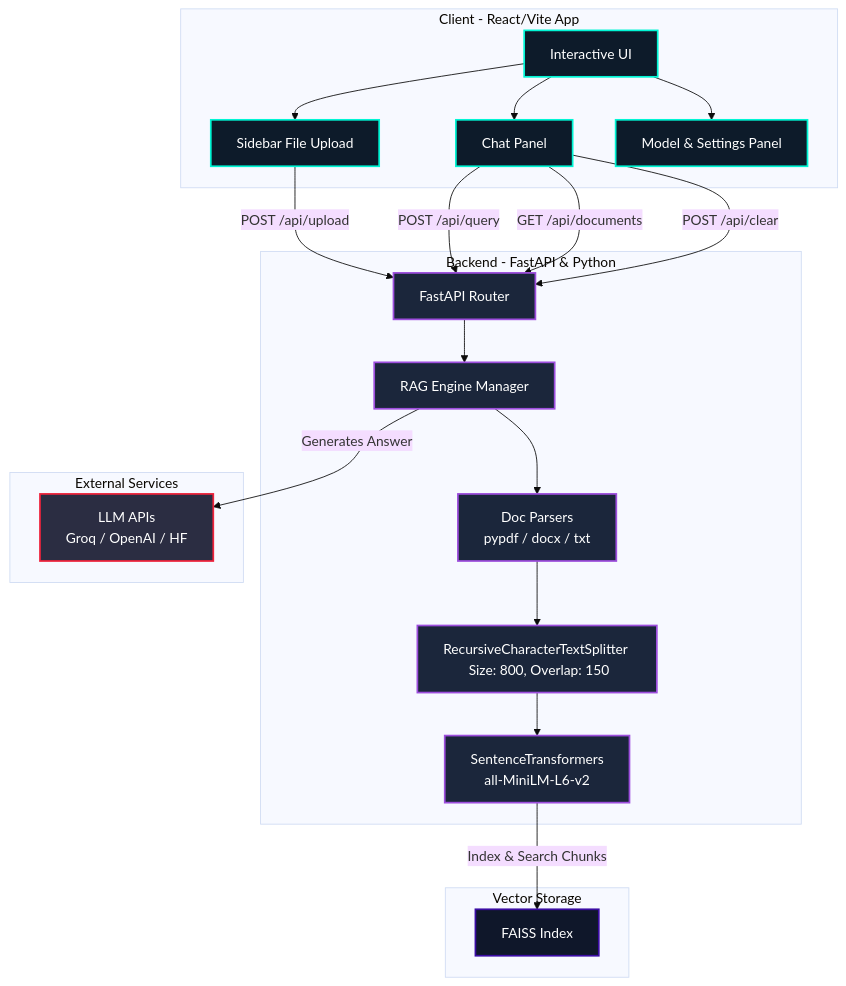
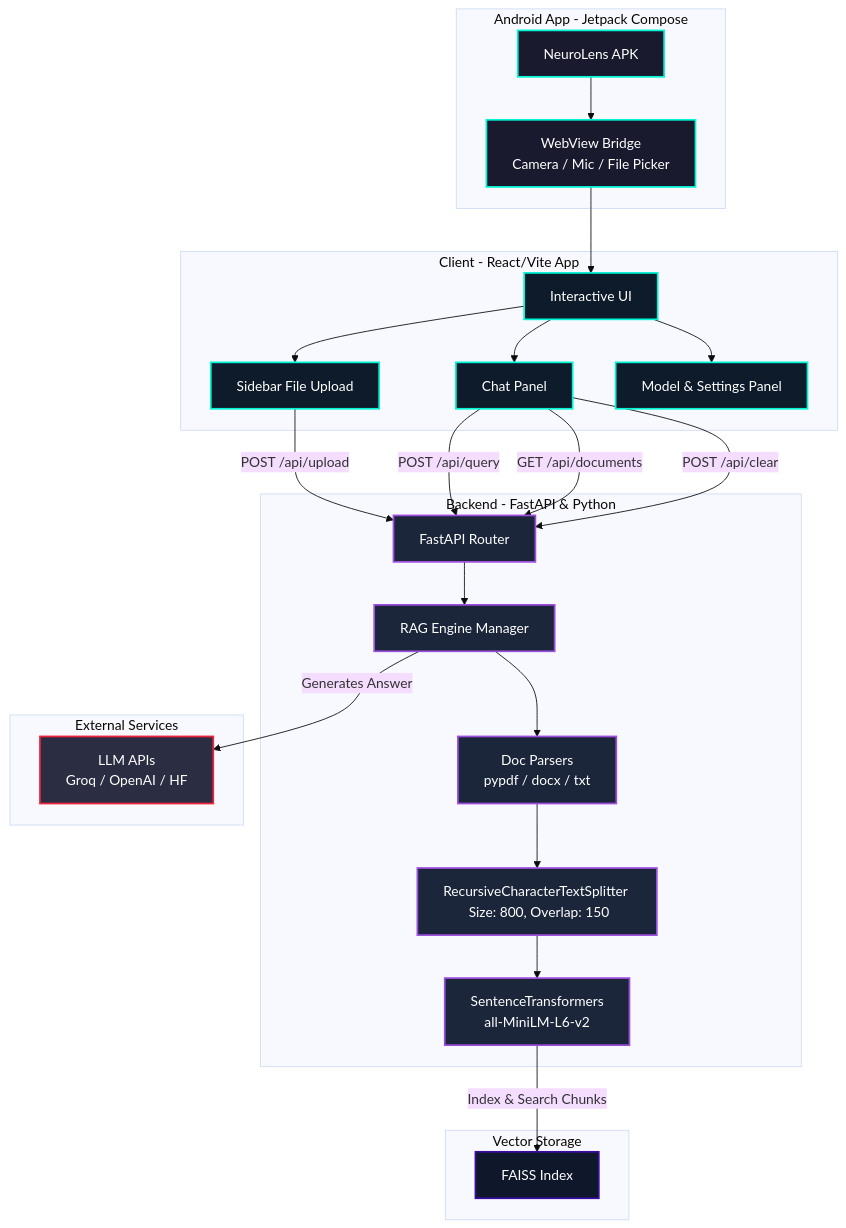
Before and after one commit to udityamerit/NeuroLens-Knowledge-Retrieval-Engine: the first of 2 diagrams in README.md, drawn with Mermaid (base theme). The commit also changed other lines of this file, not shown here.

Commit message:
docs: Update README with Android app section and download link

````diff
--- a/README.md
+++ b/README.md
@@ -33,47 +86,57 @@
 ```mermaid
 graph TD
     classDef client fill:#0d1b2a,stroke:#00f5d4,stroke-width:2px,color:#fff;
     classDef server fill:#1b263b,stroke:#9d4edd,stroke-width:2px,color:#fff;
     classDef database fill:#0f172a,stroke:#3a0ca3,stroke-width:2px,color:#fff;
     classDef external fill:#2b2d42,stroke:#ef233c,stroke-width:2px,color:#fff;
+    classDef mobile fill:#1a1a2e,stroke:#00f5d4,stroke-width:2px,color:#fff;
+
+    subgraph Mobile [Android App - Jetpack Compose]
+        AndroidApp[NeuroLens APK]:::mobile
+        WebViewBridge[WebView Bridge<br/>Camera / Mic / File Picker]:::mobile
+    end
 
     subgraph Client [Client - React/Vite App]
         UI[Interactive UI]:::client
         UploadSide[Sidebar File Upload]:::client
         ChatPanel[Chat Panel]:::client
         SettingsModal[Model & Settings Panel]:::client
     end
 
     subgraph Server [Backend - FastAPI & Python]
         API[FastAPI Router]:::server
         RAGEngine[RAG Engine Manager]:::server
         Parser[Doc Parsers <br/> pypdf / docx / txt]:::server
         Splitter[RecursiveCharacterTextSplitter <br/> Size: 800, Overlap: 150]:::server
         Embeddings[SentenceTransformers <br/> all-MiniLM-L6-v2]:::server
     end
 
     subgraph DB [Vector Storage]
         FAISS[FAISS Index]:::database
     end
 
     subgraph External [External Services]
         LLM[LLM APIs <br/> Groq / OpenAI / HF]:::external
     end
 
+    %% Mobile to Web
+    AndroidApp --> WebViewBridge
+    WebViewBridge --> UI
+
     %% Flow connections
     UI --> UploadSide
     UI --> ChatPanel
     UI --> SettingsModal
 
     UploadSide -->|POST /api/upload| API
     ChatPanel -->|POST /api/query| API
     ChatPanel -->|GET /api/documents| API
     ChatPanel -->|POST /api/clear| API
 
     API --> RAGEngine
     RAGEngine --> Parser
     Parser --> Splitter
     Splitter --> Embeddings
     Embeddings -->|Index & Search Chunks| FAISS
     RAGEngine -->|Generates Answer| LLM
 ```
````
